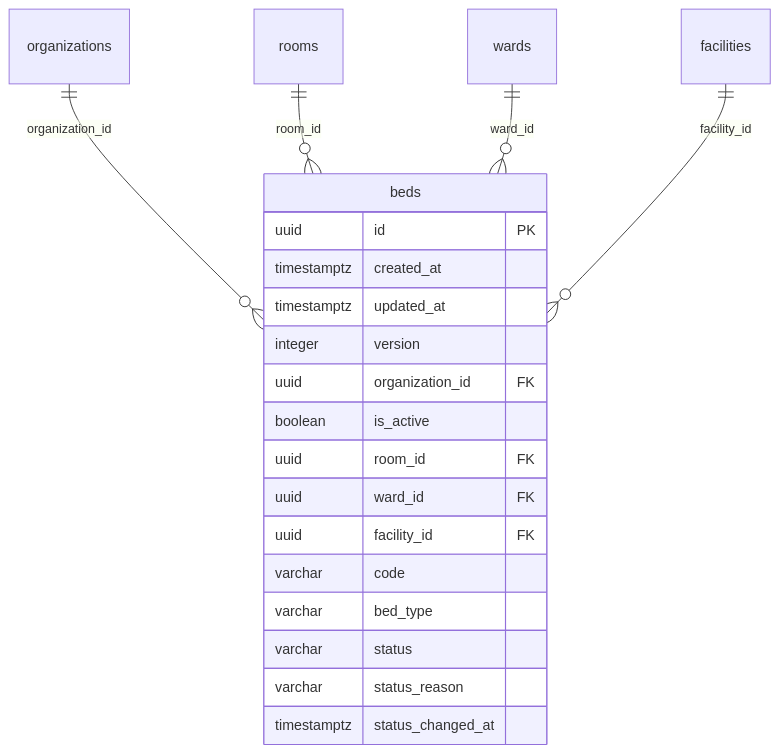
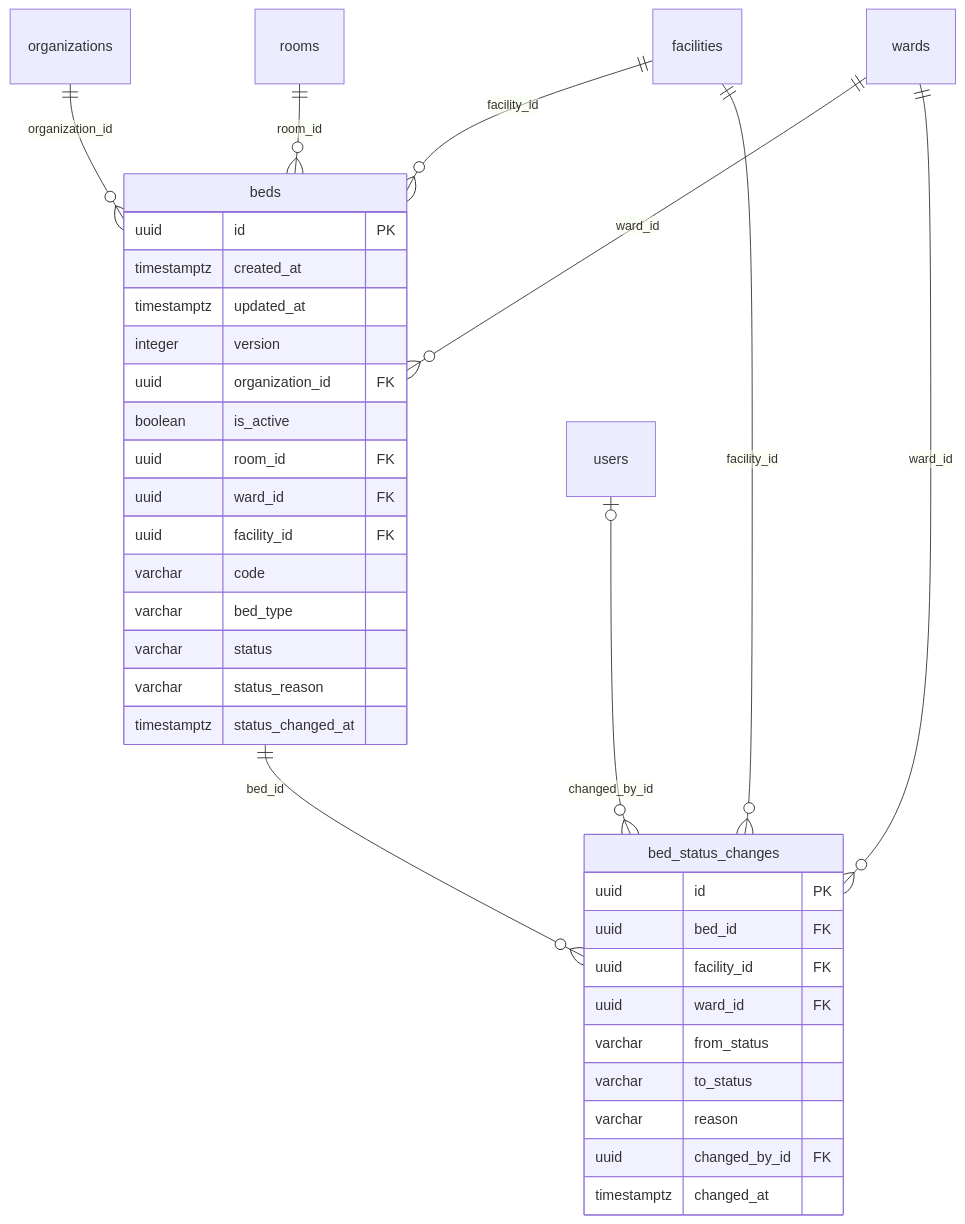
Before and after one commit to vijayant-pandey/HIMS_Advanced: the fourth of 16 diagrams in docs/architecture/data-architecture/erd.md, drawn with Mermaid. The commit also changed other lines of this file and 37 other files, not shown here.

Commit message:
HIMS-FAC-008: bed board with every ward's beds and status; bed status history; console bed board (#43)

````diff
--- a/docs/architecture/data-architecture/erd.md
+++ b/docs/architecture/data-architecture/erd.md
@@ -333,27 +338,43 @@
 ```mermaid
 erDiagram
     beds {
         uuid id PK
         timestamptz created_at
         timestamptz updated_at
         integer version
         uuid organization_id FK
         boolean is_active
         uuid room_id FK
         uuid ward_id FK
         uuid facility_id FK
         varchar code
         varchar bed_type
         varchar status
         varchar status_reason
         timestamptz status_changed_at
     }
+    bed_status_changes {
+        uuid id PK
+        uuid bed_id FK
+        uuid facility_id FK
+        uuid ward_id FK
+        varchar from_status
+        varchar to_status
+        varchar reason
+        uuid changed_by_id FK
+        timestamptz changed_at
+    }
     facilities
     organizations
     rooms
+    users
     wards
     organizations ||--o{ beds : "organization_id"
     rooms ||--o{ beds : "room_id"
     wards ||--o{ beds : "ward_id"
     facilities ||--o{ beds : "facility_id"
+    beds ||--o{ bed_status_changes : "bed_id"
+    facilities ||--o{ bed_status_changes : "facility_id"
+    wards ||--o{ bed_status_changes : "ward_id"
+    users |o--o{ bed_status_changes : "changed_by_id"
 ```
````
